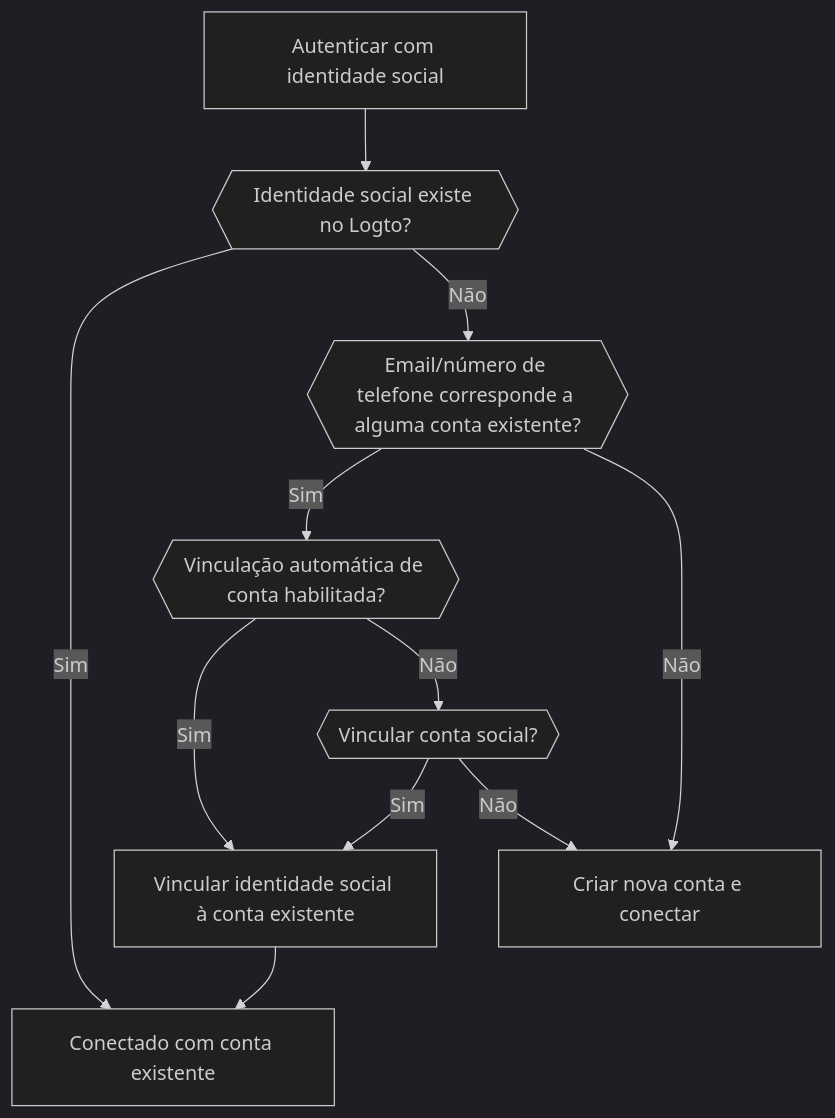
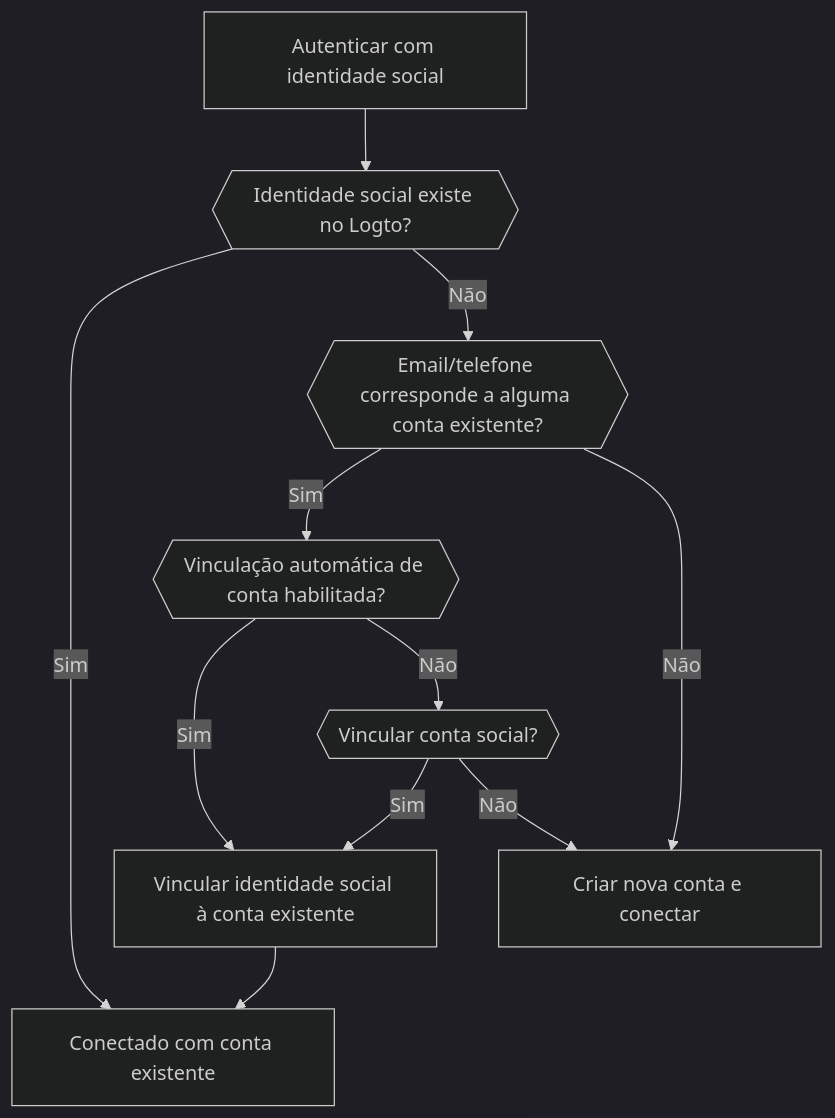
Before and after one commit to logto-io/docs: the third of 5 diagrams in i18n/pt-BR/docusaurus-plugin-content-docs/current/end-user-flows/sign-up-and-sign-in/social-sign-in.mdx, drawn with Mermaid (dark theme). The commit also changed other lines of this file and 428 other files, not shown here.

````diff
--- a/i18n/pt-BR/docusaurus-plugin-content-docs/current/end-user-flows/sign-up-and-sign-in/social-sign-in.mdx
+++ b/i18n/pt-BR/docusaurus-plugin-content-docs/current/end-user-flows/sign-up-and-sign-in/social-sign-in.mdx
@@ -99,13 +102,13 @@
     ```mermaid
     flowchart TD
     A[Autenticar com identidade social] --> B{{Identidade social existe no Logto?}}
     B -- Sim --> C[Conectado com conta existente]
-    B -- Não --> D{{Email/número de telefone corresponde a alguma conta existente?}}
+    B -- Não --> D{{Email/telefone corresponde a alguma conta existente?}}
     D -- Sim --> E{{Vinculação automática de conta habilitada?}}
     E -- Sim --> G[Vincular identidade social à conta existente]
     G --> C
     D -- Não --> H[Criar nova conta e conectar]
     E -- Não --> I{{Vincular conta social?}}
     I -- Sim --> G
     I -- Não --> H
     ```
````
